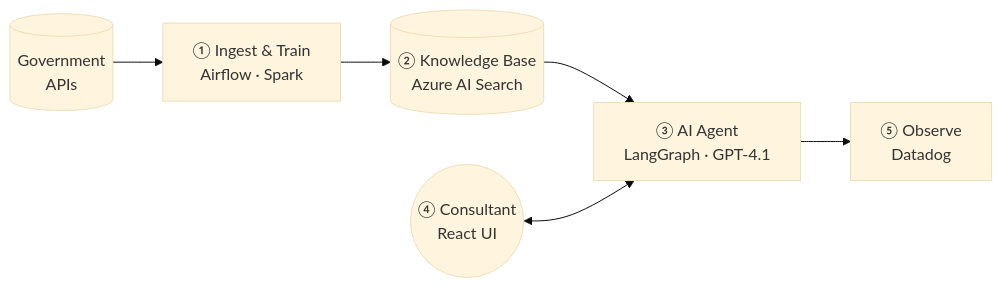
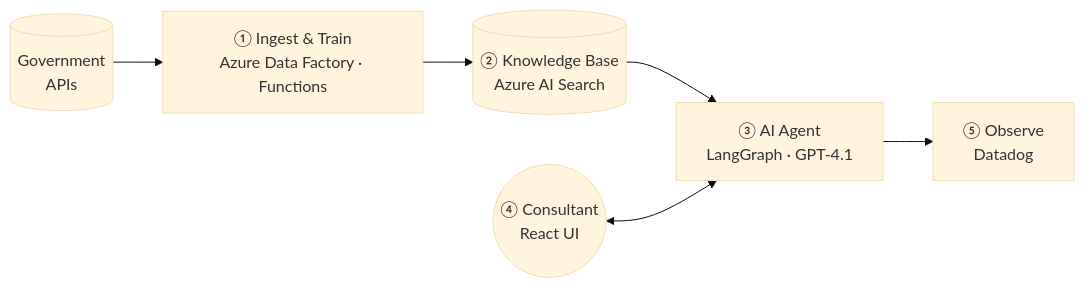
One commit to bitsbone/infra-advisor-ai changed the first of 6 diagrams in README.md. Above: the diagram before and after it, drawn with Mermaid (base theme). The commit also changed other lines of this file and 51 other files, not shown here.

````diff
--- a/README.md
+++ b/README.md
@@ -17,13 +17,13 @@
 ```mermaid
 flowchart LR
     GOV[("Government\nAPIs")]
-    TRAIN["① Ingest & Train\nAirflow · Spark"]
+    TRAIN["① Ingest & Train\nAzure Data Factory · Functions"]
     KB[("② Knowledge Base\nAzure AI Search")]
     AGENT["③ AI Agent\nLangGraph · GPT-4.1"]
     USER(("④ Consultant\nReact UI"))
     OBS["⑤ Observe\nDatadog"]
 
     GOV --> TRAIN --> KB --> AGENT
     USER <--> AGENT
     AGENT --> OBS
 ```
````
